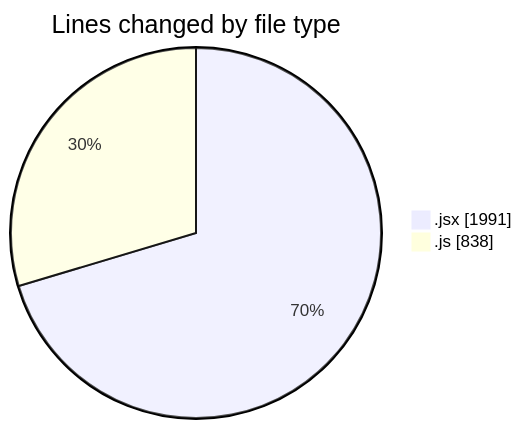
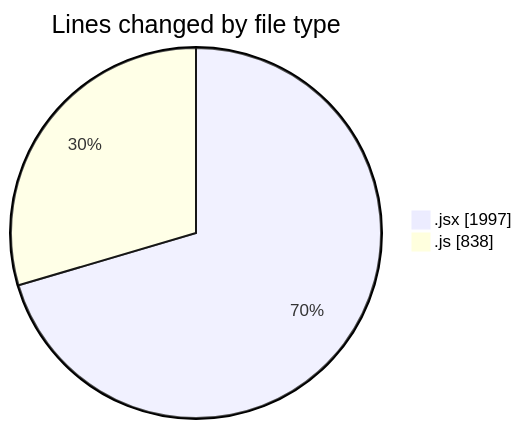
The first of 2 diagrams in 2025-09-21/nxtqube_webapp/README.md (nxtqubesakshisongat/code-tracking), drawn with Mermaid before and after one commit. The commit also changed other lines of this file and 1 other file, not shown here.

````diff
--- a/2025-09-21/nxtqube_webapp/README.md
+++ b/2025-09-21/nxtqube_webapp/README.md
@@ -22,6 +22,6 @@
 ```mermaid
 pie showData
 title Lines changed by file type
-".jsx" : 1991
+".jsx" : 1997
 ".js" : 838
 ```
````
